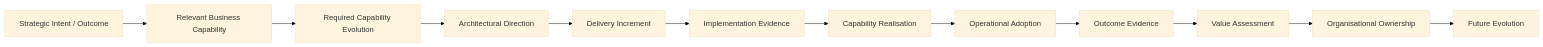
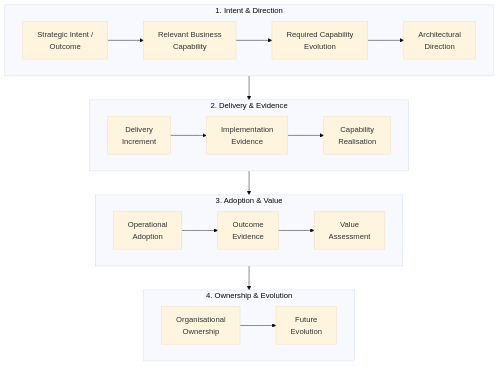
The fifth of 5 diagrams in docs/sop/05-value-realisation-handover.md (avfranco-br/portfolio), drawn with Mermaid (base theme) before and after one commit. The commit also changed other lines of this file and 10 other files, not shown here.

Commit message:
Refactor Mermaid diagrams across SOP and methods documentation for legibility

````diff
--- a/docs/sop/05-value-realisation-handover.md
+++ b/docs/sop/05-value-realisation-handover.md
@@ -1119,14 +1159,29 @@
 ```mermaid
-flowchart LR
-    A["Strategic Intent / Outcome"] --> B["Relevant Business Capability"]
-    B --> C["Required Capability Evolution"]
-    C --> D["Architectural Direction"]
-    D --> E["Delivery Increment"]
-    E --> F["Implementation Evidence"]
-    F --> G["Capability Realisation"]
-    G --> H["Operational Adoption"]
-    H --> I["Outcome Evidence"]
-    I --> J["Value Assessment"]
-    J --> K["Organisational Ownership"]
-    K --> L["Future Evolution"]
+flowchart TD
+    subgraph Intent_Direction["1. Intent & Direction"]
+        direction LR
+        A["Strategic Intent /<br/>Outcome"] --> B["Relevant Business<br/>Capability"]
+        B --> C["Required Capability<br/>Evolution"] --> D["Architectural<br/>Direction"]
+    end
+
+    subgraph Delivery_Evidence["2. Delivery & Evidence"]
+        direction LR
+        E["Delivery<br/>Increment"] --> F["Implementation<br/>Evidence"]
+        F --> G["Capability<br/>Realisation"]
+    end
+
+    subgraph Adoption_Value["3. Adoption & Value"]
+        direction LR
+        H["Operational<br/>Adoption"] --> I["Outcome<br/>Evidence"]
+        I --> J["Value<br/>Assessment"]
+    end
+
+    subgraph Ownership_Evolution["4. Ownership & Evolution"]
+        direction LR
+        K["Organisational<br/>Ownership"] --> L["Future<br/>Evolution"]
+    end
+
+    D --> E
+    G --> H
+    J --> K
 ```
````
